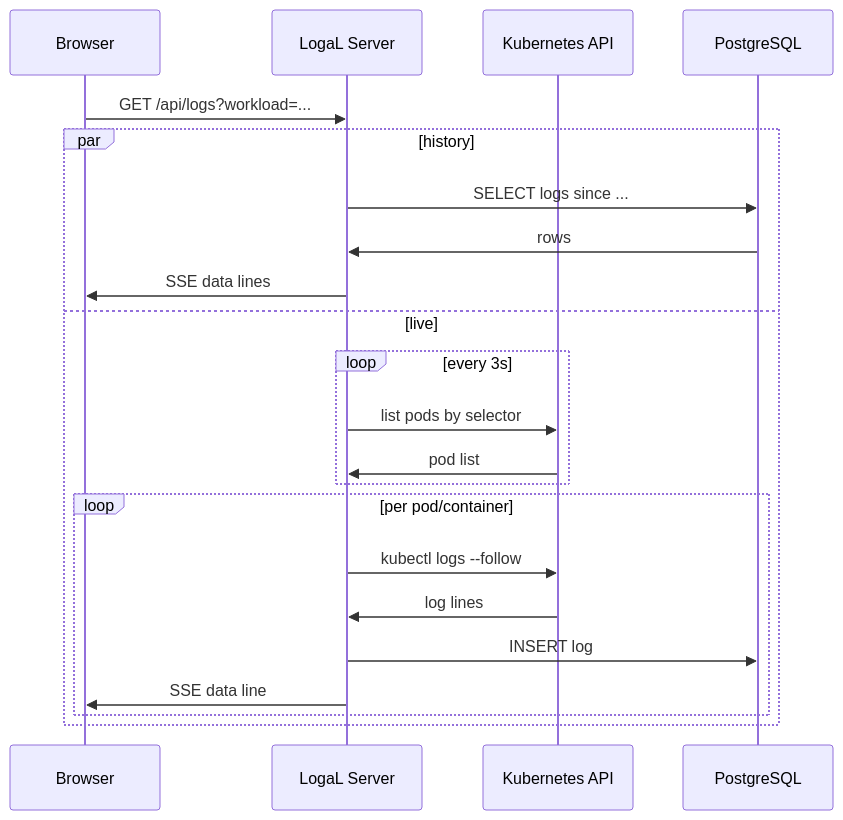
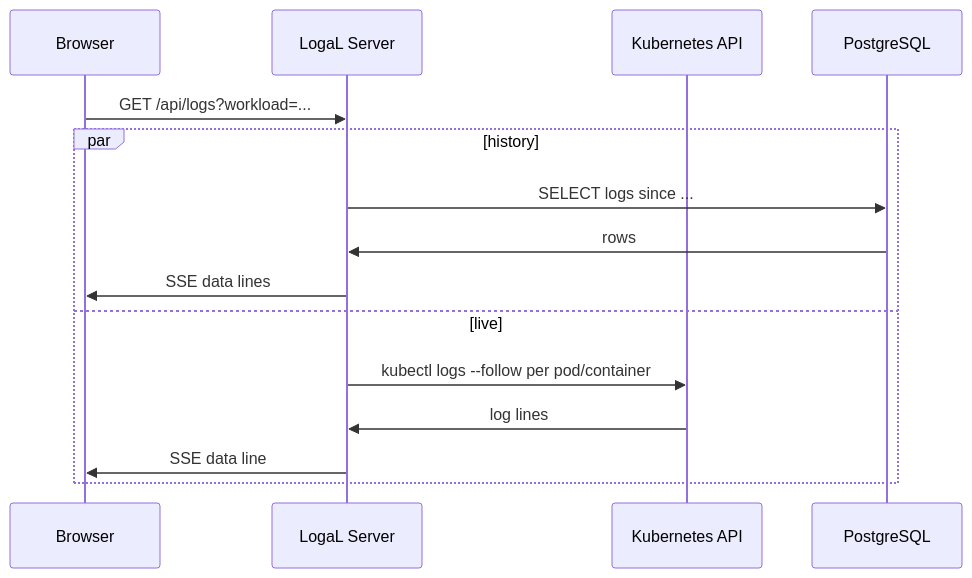
Before and after one commit to mtommyp14/LogaL: the fourth of 10 diagrams in README.md, drawn with Mermaid. The commit also changed other lines of this file and 1 other file, not shown here.

Commit message:
docs: update README and deployment for new auto-collect architecture

````diff
--- a/README.md
+++ b/README.md
@@ -77,25 +125,18 @@
 ```mermaid
 sequenceDiagram
     participant U as Browser
     participant L as LogaL Server
     participant K as Kubernetes API
     participant D as PostgreSQL
 
     U->>L: GET /api/logs?workload=...
     par history
         L->>D: SELECT logs since ...
         D->>L: rows
         L->>U: SSE data lines
     and live
-        loop every 3s
-            L->>K: list pods by selector
-            K->>L: pod list
-        end
-        loop per pod/container
-            L->>K: kubectl logs --follow
-            K->>L: log lines
-            L->>D: INSERT log
-            L->>U: SSE data line
-        end
+        L->>K: kubectl logs --follow per pod/container
+        K->>L: log lines
+        L->>U: SSE data line
     end
 ```
````
